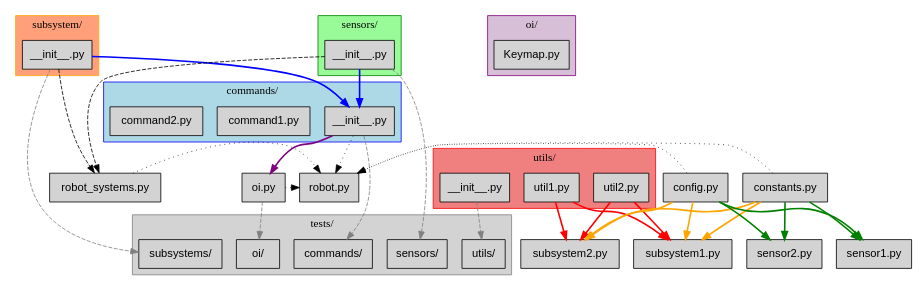
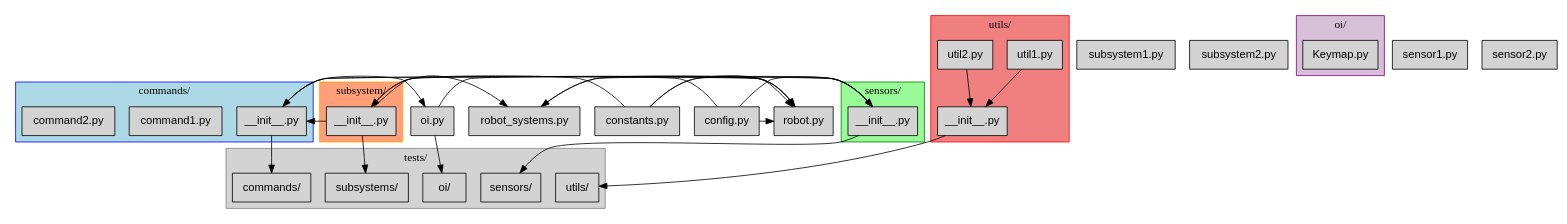
One commit to Choate-Robotics/Programming-SOPs changed the diagram in docs/code/file_structure.rst. Above: the diagram before and after it, drawn with Graphviz.

```diff
--- a/docs/code/file_structure.rst
+++ b/docs/code/file_structure.rst
@@ -85,47 +85,41 @@
         config_py [label="config.py"]
 
         // Subsystem connections
-        constants_py -> subsystem1_py [color=orange, style=bold]
-        config_py -> subsystem1_py [color=orange, style=bold]
-        constants_py -> subsystem2_py [color=orange, style=bold]
-        config_py -> subsystem2_py [color=orange, style=bold]
+        constants_py -> subsystems
+        config_py -> subsystems
 
         // Sensor connections
-        constants_py -> sensor1_py [color=green, style=bold]
-        config_py -> sensor1_py [color=green, style=bold]
-        constants_py -> sensor2_py [color=green, style=bold]
-        config_py -> sensor2_py [color=green, style=bold]
+        constants_py -> sensors
+        config_py -> sensors
 
         // Robot system connections
-        subsystems -> robot_systems_py [color=black, style=dashed]
-        sensors -> robot_systems_py [color=black, style=dashed]
+        subsystems -> robot_systems_py
+        sensors -> robot_systems_py
 
         // Command connections
-        subsystems -> commands [color=blue, style=bold]
-        sensors -> commands [color=blue, style=bold]
+        subsystems -> commands
+        sensors -> commands
 
         // OI connections
-        commands -> oi_py [color=purple, style=bold]
+        commands -> oi_py
 
         // Utils connections
-        util1_py -> subsystem1_py [color=red, style=bold]
-        util2_py -> subsystem1_py [color=red, style=bold]
-        util1_py -> subsystem2_py [color=red, style=bold]
-        util2_py -> subsystem2_py [color=red, style=bold]
+        util1_py -> utils
+        util2_py -> utils
 
         // Test connections
-        commands -> test_commands [color=grey, style=dashed]
-        subsystems -> test_subsystems [color=grey, style=dashed]
-        oi_py -> test_oi [color=grey, style=dashed]
-        sensors -> test_sensors [color=grey, style=dashed]
-        utils -> test_utils [color=grey, style=dashed]
+        commands -> test_commands
+        subsystems -> test_subsystems
+        oi_py -> test_oi
+        sensors -> test_sensors
+        utils -> test_utils
 
         // Robot connections
-        constants_py -> robot_py [color=black, style=dotted]
-        config_py -> robot_py [color=black, style=dotted]
-        oi_py -> robot_py [color=black, style=dotted]
-        robot_systems_py -> robot_py [color=black, style=dotted]
-        commands -> robot_py [color=black, style=dotted]
+        constants_py -> robot_py
+        config_py -> robot_py
+        oi_py -> robot_py
+        robot_systems_py -> robot_py
+        commands -> robot_py
 
         // Adjust alignment and spacing
         {rank=same; subsystem1_py; subsystem2_py}
```
